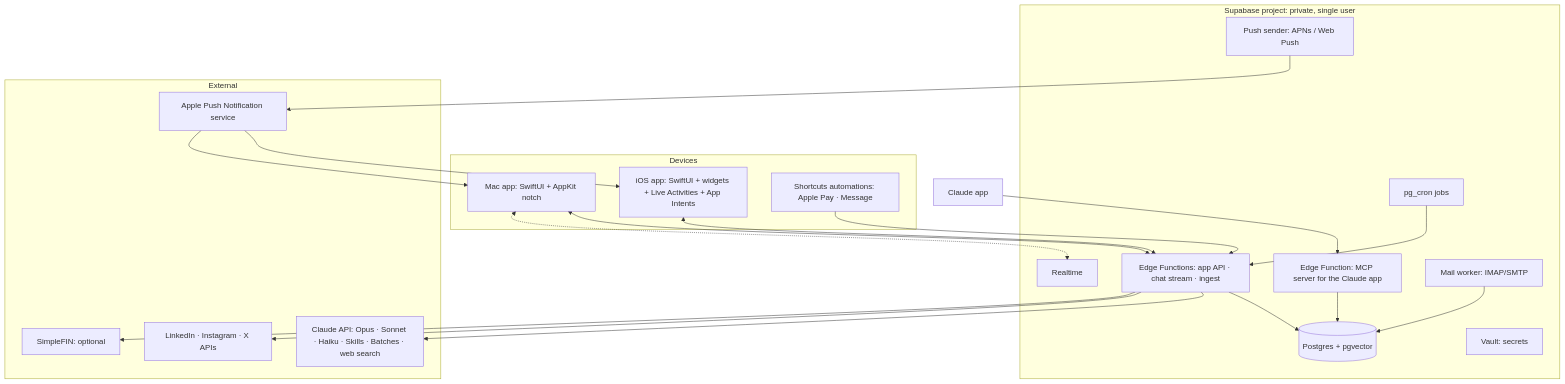
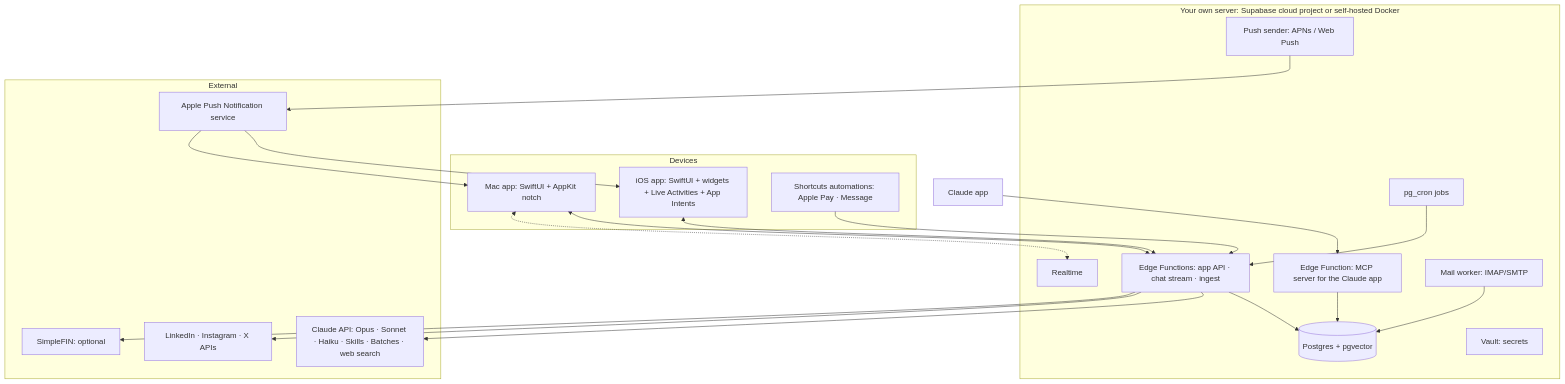
The third of 5 diagrams in ARCHITECTURE.md (ux-abhi/idea1), drawn with Mermaid before and after one commit. The commit also changed other lines of this file, not shown here.

First line of the commit message:
Privacy model: each user runs their own server with their own keys

````diff
--- a/ARCHITECTURE.md
+++ b/ARCHITECTURE.md
@@ -319,38 +320,38 @@
 ```mermaid
 flowchart TB
   subgraph Devices
     MAC[Mac app: SwiftUI + AppKit notch]
     IOS[iOS app: SwiftUI + widgets + Live Activities + App Intents]
     SCUT[Shortcuts automations: Apple Pay · Message]
   end
-  subgraph Backend[Supabase project: private, single user]
+  subgraph Backend[Your own server: Supabase cloud project or self-hosted Docker]
     API[Edge Functions: app API · chat stream · ingest]
     MCP[Edge Function: MCP server for the Claude app]
     DB[(Postgres + pgvector)]
     CRON[pg_cron jobs]
     VAULT[Vault: secrets]
     RT[Realtime]
     PUSH[Push sender: APNs / Web Push]
     MAIL[Mail worker: IMAP/SMTP]
   end
   subgraph External
     CLAUDE[Claude API: Opus · Sonnet · Haiku · Skills · Batches · web search]
     SOC[LinkedIn · Instagram · X APIs]
     BANK[SimpleFIN: optional]
     APNS[Apple Push Notification service]
   end
   MAC <--> API
   IOS <--> API
   SCUT --> API
   MAC <-.-> RT
   API --> DB
   CRON --> API
   API --> CLAUDE
   MCP --> DB
   API --> SOC
   MAIL --> DB
   API --> BANK
   PUSH --> APNS --> IOS
   APNS --> MAC
   CA[Claude app] --> MCP
 ```
````
